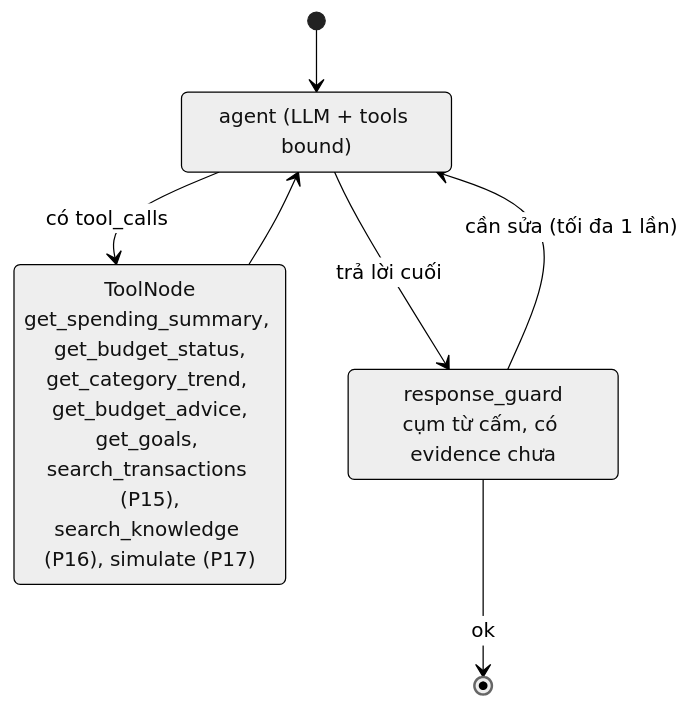
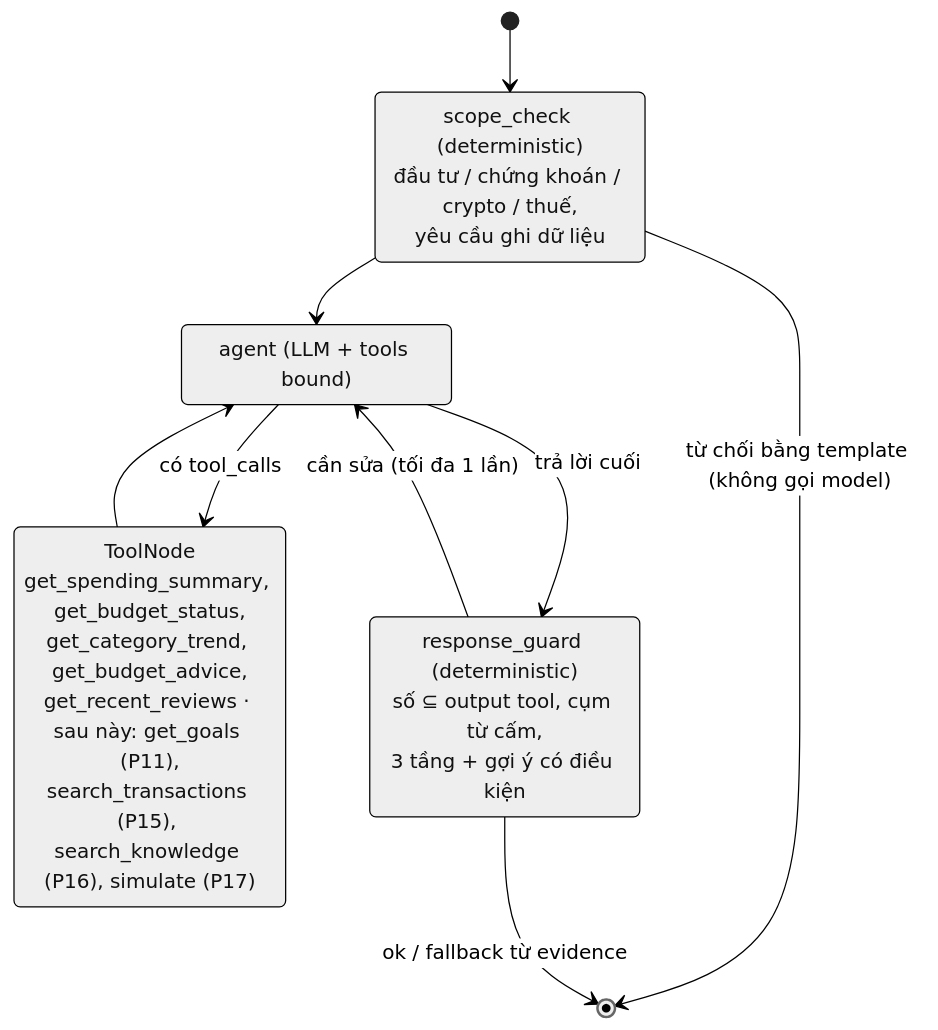
The second of 3 diagrams in docs/architecture/ai-architecture.md (dangbh96/AI-personal-finance-assistant), drawn with Mermaid (neutral theme) before and after one commit. The commit also changed other lines of this file and 45 other files, not shown here.

````diff
--- a/docs/architecture/ai-architecture.md
+++ b/docs/architecture/ai-architecture.md
@@ -108,12 +108,15 @@
 ```mermaid
 stateDiagram-v2
-    [*] --> agent
+    [*] --> scope_check
+    scope_check: scope_check (deterministic)<br/>đầu tư / chứng khoán / crypto / thuế,<br/>yêu cầu ghi dữ liệu
+    scope_check --> [*]: từ chối bằng template (không gọi model)
+    scope_check --> agent
     agent: agent (LLM + tools bound)
     agent --> tools: có tool_calls
-    tools: ToolNode<br/>get_spending_summary, get_budget_status,<br/>get_category_trend, get_budget_advice,<br/>get_goals, search_transactions (P15),<br/>search_knowledge (P16), simulate (P17)
+    tools: ToolNode<br/>get_spending_summary, get_budget_status,<br/>get_category_trend, get_budget_advice,<br/>get_recent_reviews · sau này: get_goals (P11),<br/>search_transactions (P15), search_knowledge (P16), simulate (P17)
     tools --> agent
     agent --> guard: trả lời cuối
-    guard: response_guard<br/>cụm từ cấm, có evidence chưa
+    guard: response_guard (deterministic)<br/>số ⊆ output tool, cụm từ cấm,<br/>3 tầng + gợi ý có điều kiện
     guard --> agent: cần sửa (tối đa 1 lần)
-    guard --> [*]: ok
+    guard --> [*]: ok / fallback từ evidence
 ```
````
